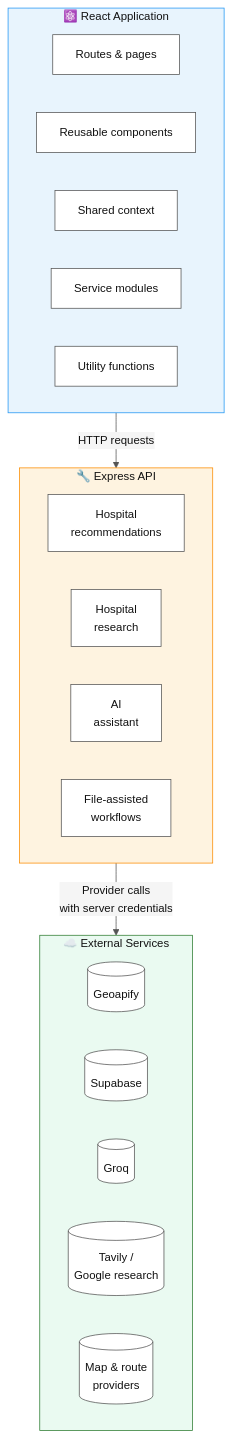
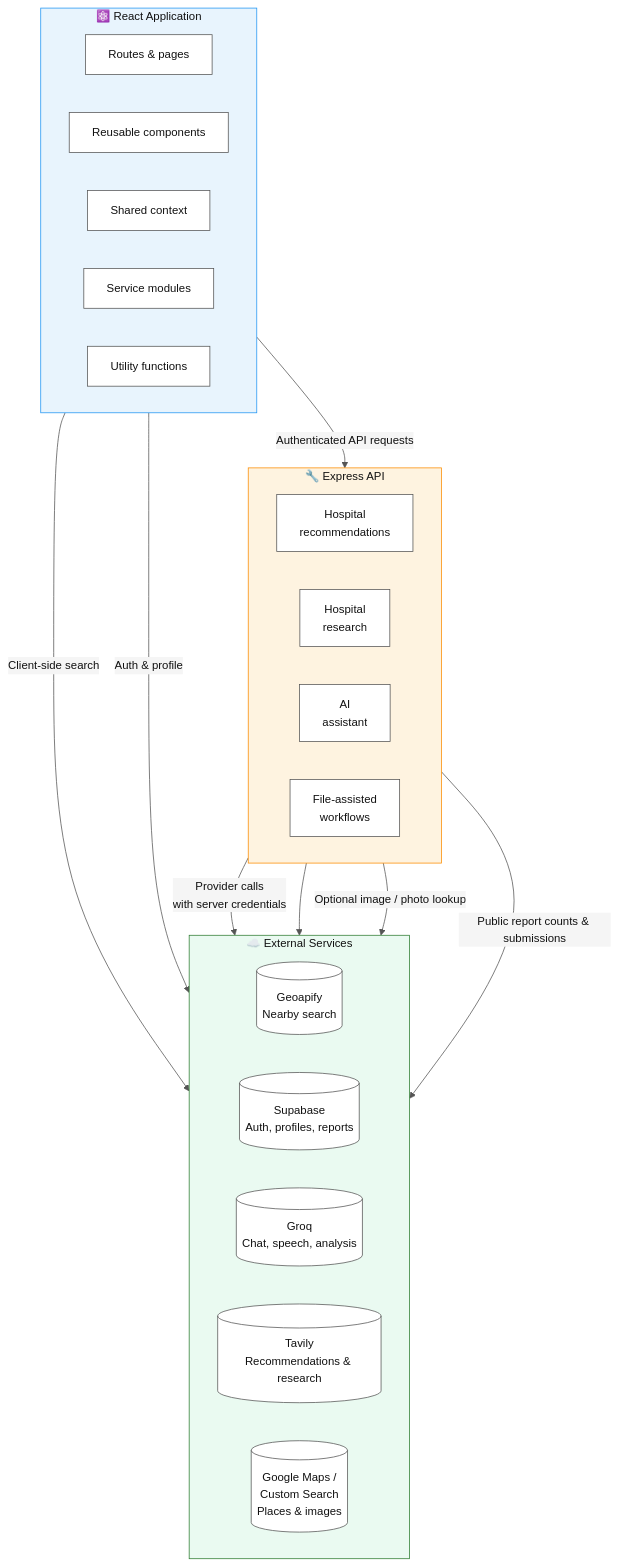
Before and after one commit to vanshkatnor1505/BuiltTechies: the first of 5 diagrams in PROJECT INFORMATION/artitecture.md, drawn with Mermaid. The commit also changed other lines of this file, not shown here.

Commit message:
feat: update external services descriptions and clarify layer principles in architecture documentation

````diff
--- a/PROJECT INFORMATION/artitecture.md
+++ b/PROJECT INFORMATION/artitecture.md
@@ -19,36 +19,41 @@
 ```mermaid
 %%{init: {'theme':'base', 'themeVariables': {'primaryColor':'#ffffff','primaryTextColor':'#111111','primaryBorderColor':'#555555','lineColor':'#555555','secondaryColor':'#f5f5f5','tertiaryColor':'#ffffff','fontSize':'15px','darkMode':false,'background':'#ffffff'}}}%%
 flowchart TB
     subgraph FE["⚛️ React Application"]
         direction LR
         R["Routes & pages"]
         C["Reusable components"]
         CTX["Shared context"]
         SVC["Service modules"]
         U["Utility functions"]
     end
 
     subgraph API["🔧 Express API"]
         direction LR
         A1["Hospital\nrecommendations"]
         A2["Hospital\nresearch"]
         A3["AI\nassistant"]
         A4["File-assisted\nworkflows"]
     end
 
     subgraph EXT["☁️ External Services"]
         direction LR
-        E1[("Geoapify")]
-        E2[("Supabase")]
-        E3[("Groq")]
-        E4[("Tavily /\nGoogle research")]
-        E5[("Map & route\nproviders")]
+        E1[("Geoapify\nNearby search")]
+        E2[("Supabase\nAuth, profiles, reports")]
+        E3[("Groq\nChat, speech, analysis")]
+        E4[("Tavily\nRecommendations & research")]
+        E5[("Google Maps /\nCustom Search\nPlaces & images")]
     end
 
-    FE -->|"HTTP requests"| API
-    API -->|"Provider calls\nwith server credentials"| EXT
+    FE -->|"Authenticated API requests"| API
+    FE -->|"Client-side search"| E1
+    FE -->|"Auth & profile"| E2
+    API -->|"Provider calls\nwith server credentials"| E3
+    API --> E4
+    API -->|"Optional image / photo lookup"| E5
+    API -->|"Public report counts & submissions"| E2
 
     style FE fill:#e8f4fd,stroke:#2196F3,color:#111111
     style API fill:#fef3e0,stroke:#FB8C00,color:#111111
     style EXT fill:#eafaf1,stroke:#2E7D32,color:#111111
 ```
````
